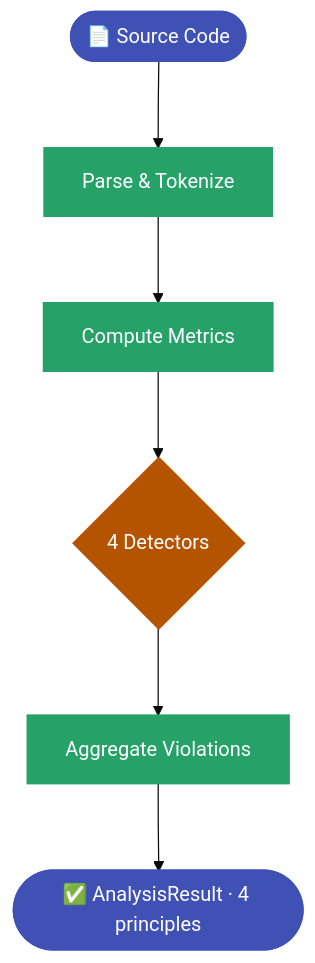
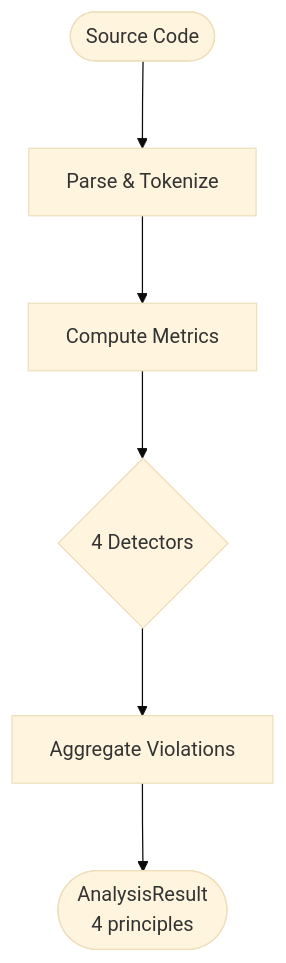
The third of 4 diagrams in docs/user-guide/languages/docker-compose.md (Anselmoo/mcp-zen-of-languages), drawn with Mermaid before and after one commit. The commit also changed other lines of this file and 18 other files, not shown here.

````diff
--- a/docs/user-guide/languages/docker-compose.md
+++ b/docs/user-guide/languages/docker-compose.md
@@ -170,16 +148,9 @@
     ```mermaid
-%%{init: {"theme": "base", "flowchart": {"useMaxWidth": false, "htmlLabels": true, "nodeSpacing": 50, "rankSpacing": 70}}}%%
+    %%{init: {"theme": "base", "flowchart": {"useMaxWidth": false, "htmlLabels": true, "nodeSpacing": 50, "rankSpacing": 70}}}%%
     flowchart TD
-    Source(["📄 Source Code"]) --> Parse["Parse & Tokenize"]
+    Source(["Source Code"]) --> Parse["Parse & Tokenize"]
     Parse --> Metrics["Compute Metrics"]
     Metrics --> Pipeline{"4 Detectors"}
     Pipeline --> Collect["Aggregate Violations"]
-    Collect --> Result(["✅ AnalysisResult · 4 principles"])
-
-    classDef io fill:#4051b5,color:#ffffff,stroke:#4051b5,stroke-width:2px
-    classDef process fill:#26a269,color:#ffffff,stroke:#26a269,stroke-width:2px
-    classDef decision fill:#b55400,color:#ffffff,stroke:#b55400,stroke-width:2px
-    class Source,Result io
-    class Parse,Metrics,Collect process
-    class Pipeline decision
+    Collect --> Result(["AnalysisResult<br/>4 principles"])
     ```
````
